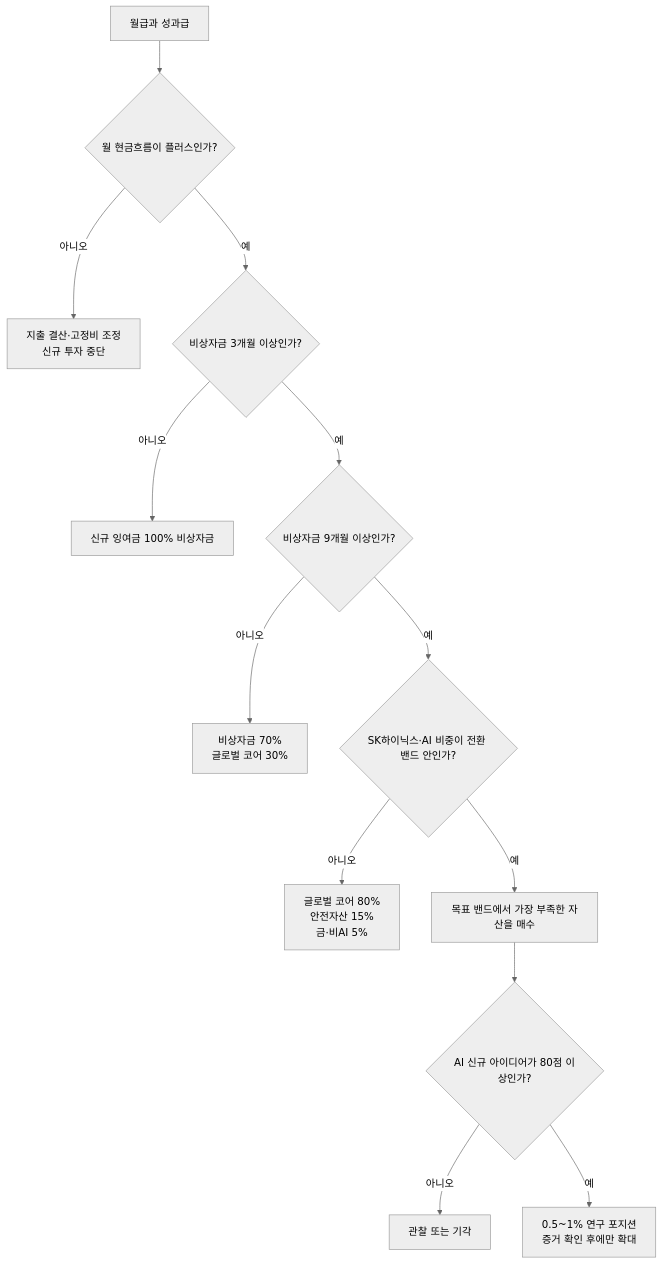
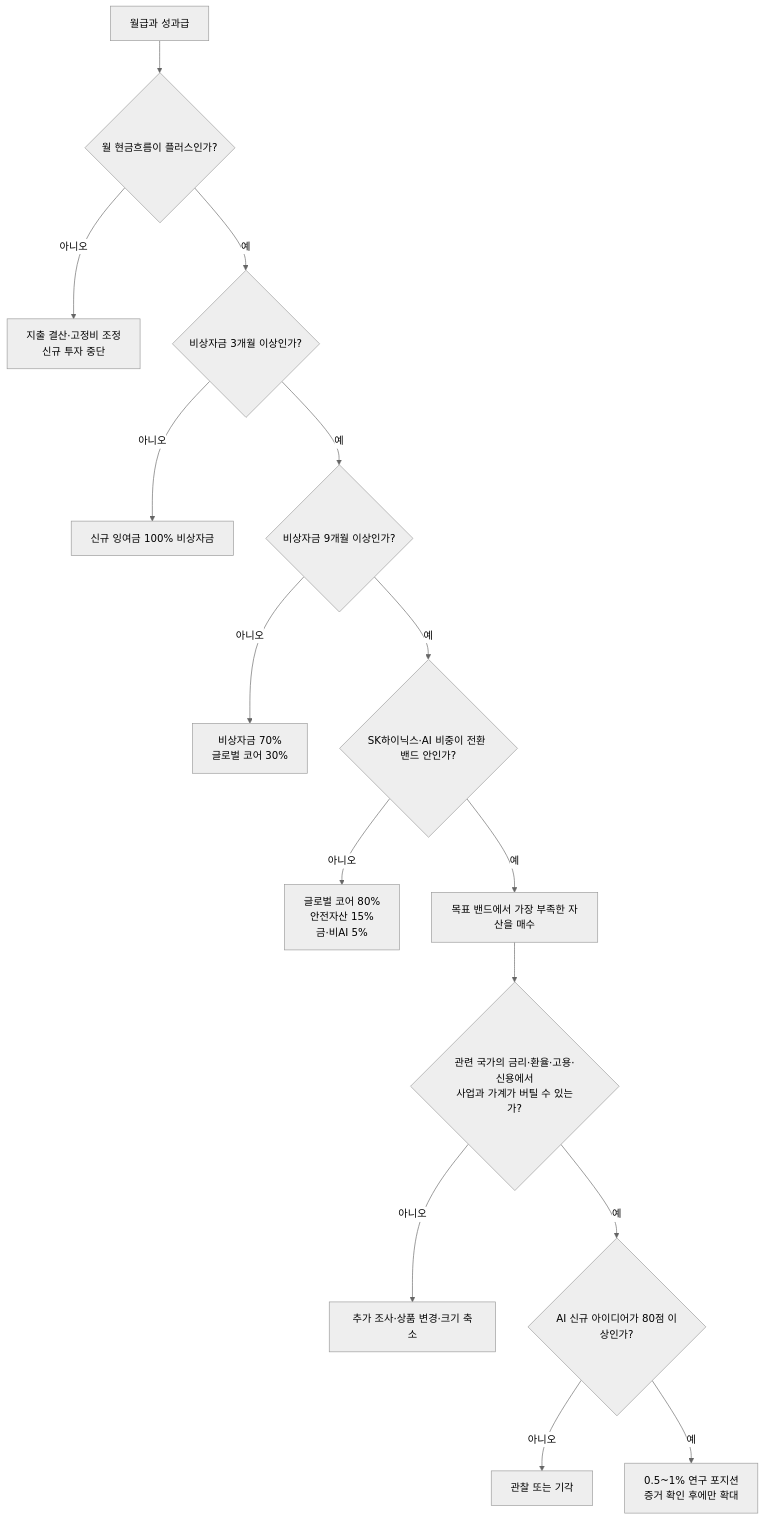
Before and after one commit to together2329/brian_ontology_life: the diagram in life/finance/brian_investment_playbook_ko_202607.md, drawn with Mermaid (neutral theme). The commit also changed other lines of this file and 7 other files, not shown here.

````diff
--- a/life/finance/brian_investment_playbook_ko_202607.md
+++ b/life/finance/brian_investment_playbook_ko_202607.md
@@ -30,15 +59,17 @@
 ```mermaid
 flowchart TD
     A[월급과 성과급] --> B{월 현금흐름이 플러스인가?}
     B -- 아니오 --> C[지출 결산·고정비 조정\n신규 투자 중단]
     B -- 예 --> D{비상자금 3개월 이상인가?}
     D -- 아니오 --> E[신규 잉여금 100% 비상자금]
     D -- 예 --> F{비상자금 9개월 이상인가?}
     F -- 아니오 --> G[비상자금 70%\n글로벌 코어 30%]
     F -- 예 --> H{SK하이닉스·AI 비중이 전환 밴드 안인가?}
     H -- 아니오 --> I[글로벌 코어 80%\n안전자산 15%\n금·비AI 5%]
     H -- 예 --> J[목표 밴드에서 가장 부족한 자산을 매수]
-    J --> K{AI 신규 아이디어가 80점 이상인가?}
-    K -- 아니오 --> L[관찰 또는 기각]
-    K -- 예 --> M[0.5~1% 연구 포지션\n증거 확인 후에만 확대]
+    J --> K{관련 국가의 금리·환율·고용·신용에서\n사업과 가계가 버틸 수 있는가?}
+    K -- 아니오 --> L[추가 조사·상품 변경·크기 축소]
+    K -- 예 --> M{AI 신규 아이디어가 80점 이상인가?}
+    M -- 아니오 --> N[관찰 또는 기각]
+    M -- 예 --> O[0.5~1% 연구 포지션\n증거 확인 후에만 확대]
 ```
````
